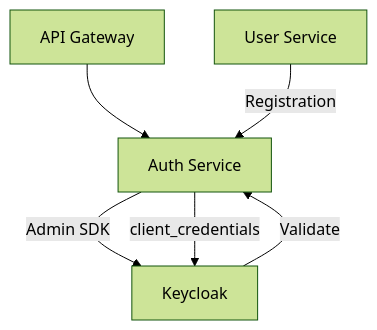
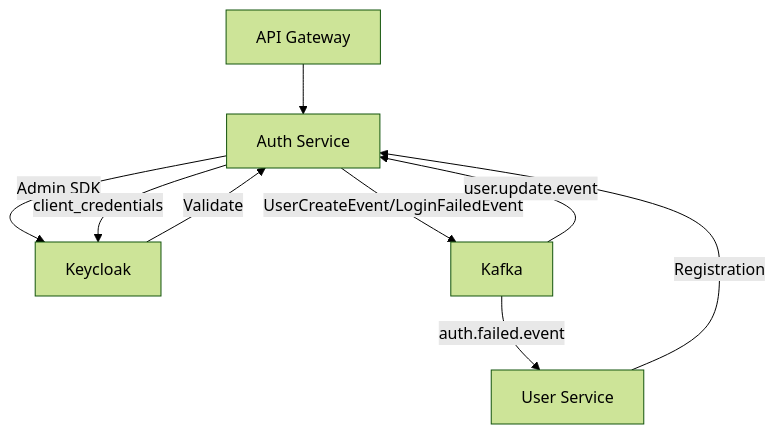
One commit to Event-Based-Banking-Application/arya-banking changed the first of 5 diagrams in content/docs/auth-service/architecture.md. Above: the diagram before and after it, drawn with Mermaid (forest theme). The commit also changed other lines of this file and 8 other files, not shown here.

````diff
--- a/content/docs/auth-service/architecture.md
+++ b/content/docs/auth-service/architecture.md
@@ -13,8 +13,11 @@
 ```mermaid
 graph TD
     AG[API Gateway] --> AS[Auth Service]
     US[User Service] -- Registration --> AS
     AS -- Admin SDK --> KC[Keycloak]
     AS -- client_credentials --> KC
     KC -- Validate --> AS
+    AS -- UserCreateEvent/LoginFailedEvent --> KF[Kafka]
+    KF -- user.update.event --> AS
+    KF -- auth.failed.event --> US
 ```
````
